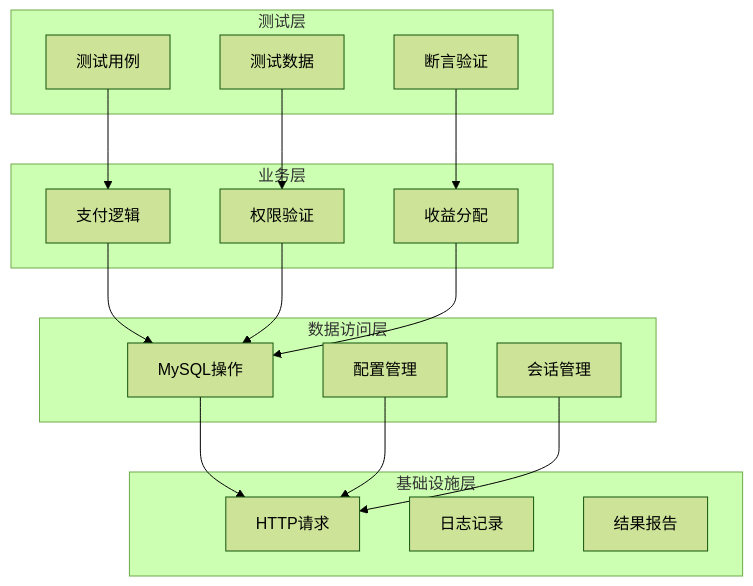
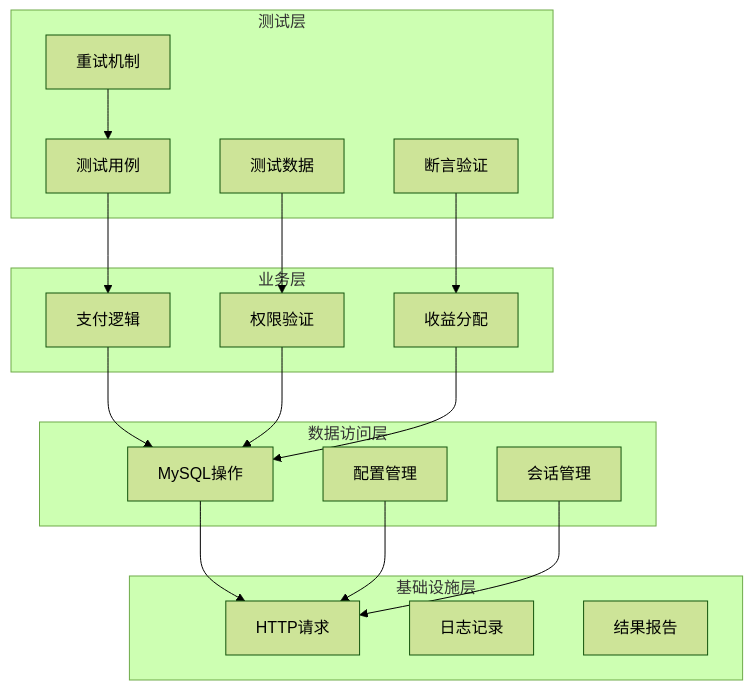
The second of 10 diagrams in .qoder/repowiki/zh/content/支付测试用例/房间支付测试/舰队房支付测试.md (liximing1-ola/qa-payTest), drawn with Mermaid (forest theme) before and after one commit. The commit also changed other lines of this file and 103 other files, not shown here.

````diff
--- a/.qoder/repowiki/zh/content/支付测试用例/房间支付测试/舰队房支付测试.md
+++ b/.qoder/repowiki/zh/content/支付测试用例/房间支付测试/舰队房支付测试.md
@@ -106,32 +128,34 @@
 ```mermaid
 graph TB
 subgraph "测试层"
 T1[测试用例]
 T2[测试数据]
 T3[断言验证]
+T4[重试机制]
 end
 subgraph "业务层"
 B1[支付逻辑]
 B2[权限验证]
 B3[收益分配]
 end
 subgraph "数据访问层"
 D1[MySQL操作]
 D2[配置管理]
 D3[会话管理]
 end
 subgraph "基础设施层"
 I1[HTTP请求]
 I2[日志记录]
 I3[结果报告]
 end
 T1 --> B1
 T2 --> B2
 T3 --> B3
+T4 --> T1
 B1 --> D1
 B2 --> D1
 B3 --> D1
 D1 --> I1
 D2 --> I1
 D3 --> I1
 ```
````
